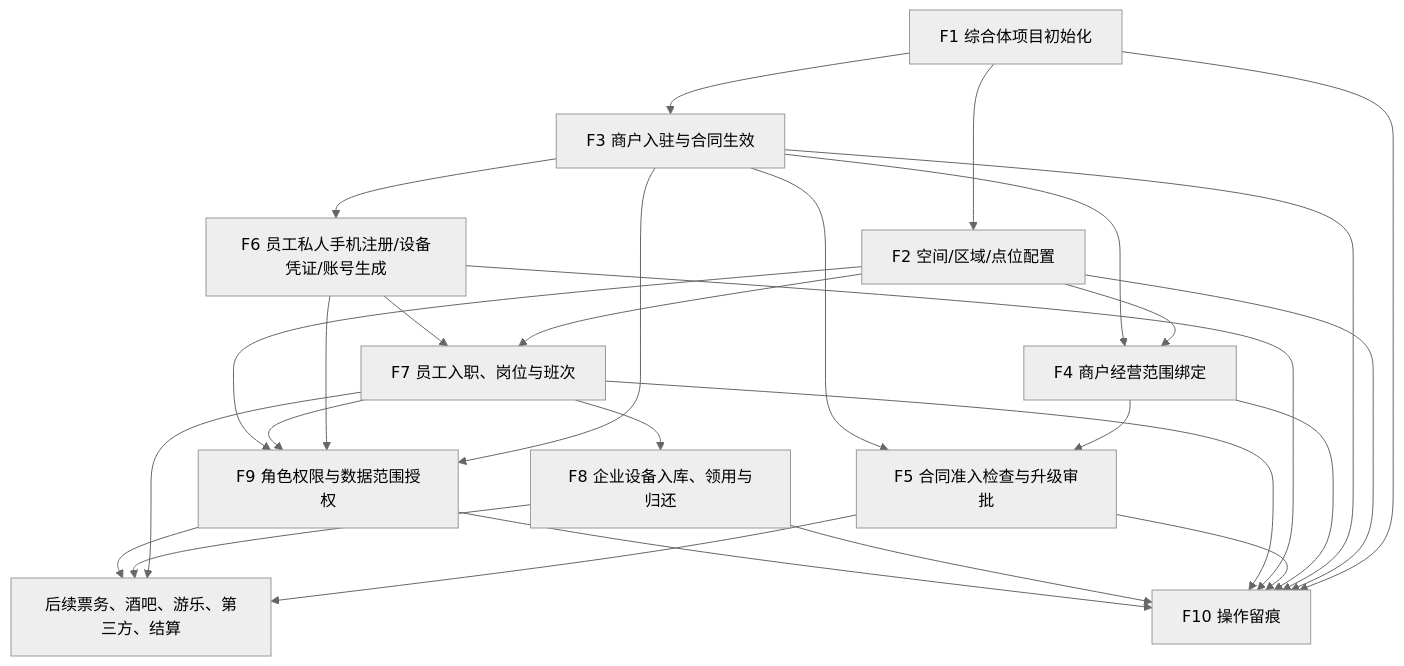
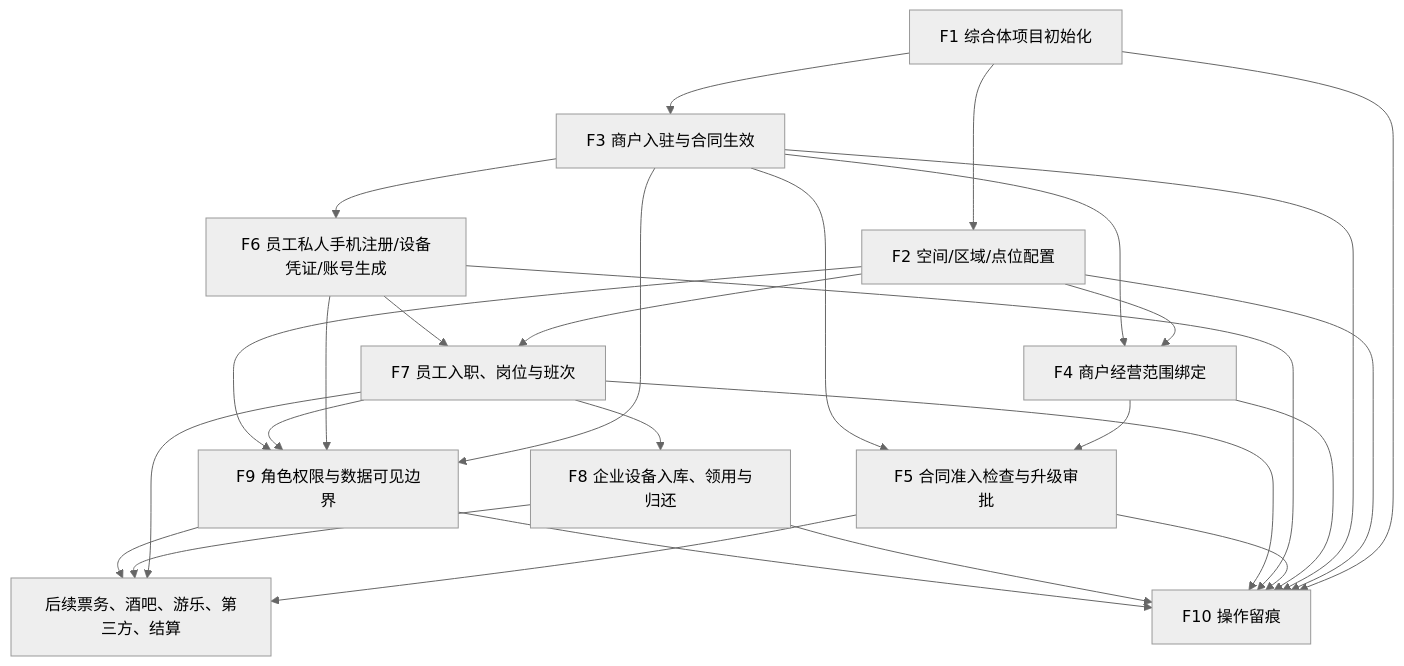
One commit to jxh1979/mall changed the first of 19 diagrams in docs/platform-governance-product-spec-v0.2.md. Above: the diagram before and after it, drawn with Mermaid (neutral theme). The commit also changed other lines of this file and 8 other files, not shown here.

````diff
--- a/docs/platform-governance-product-spec-v0.2.md
+++ b/docs/platform-governance-product-spec-v0.2.md
@@ -1372,30 +1370,30 @@
 ```mermaid
 flowchart TD
     A["F1 综合体项目初始化"] --> B["F2 空间/区域/点位配置"]
     A --> C["F3 商户入驻与合同生效"]
     B --> D["F4 商户经营范围绑定"]
     C --> D
     D --> E["F5 合同准入检查与升级审批"]
     C --> E
     C --> F["F6 员工私人手机注册/设备凭证/账号生成"]
     B --> G["F7 员工入职、岗位与班次"]
     F --> G
     G --> H["F8 企业设备入库、领用与归还"]
-    C --> I["F9 角色权限与数据范围授权"]
+    C --> I["F9 角色权限与数据可见边界"]
     F --> I
     G --> I
     B --> I
     E --> J["后续票务、酒吧、游乐、第三方、结算"]
     G --> J
     H --> J
     I --> J
     A --> K["F10 操作留痕"]
     B --> K
     C --> K
     D --> K
     E --> K
     F --> K
     G --> K
     H --> K
     I --> K
 ```
````
